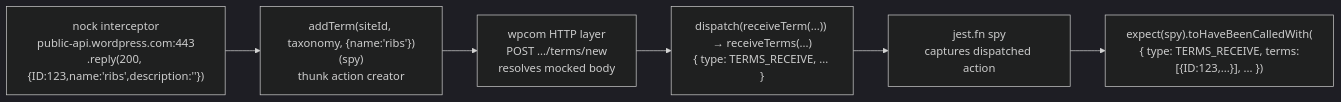
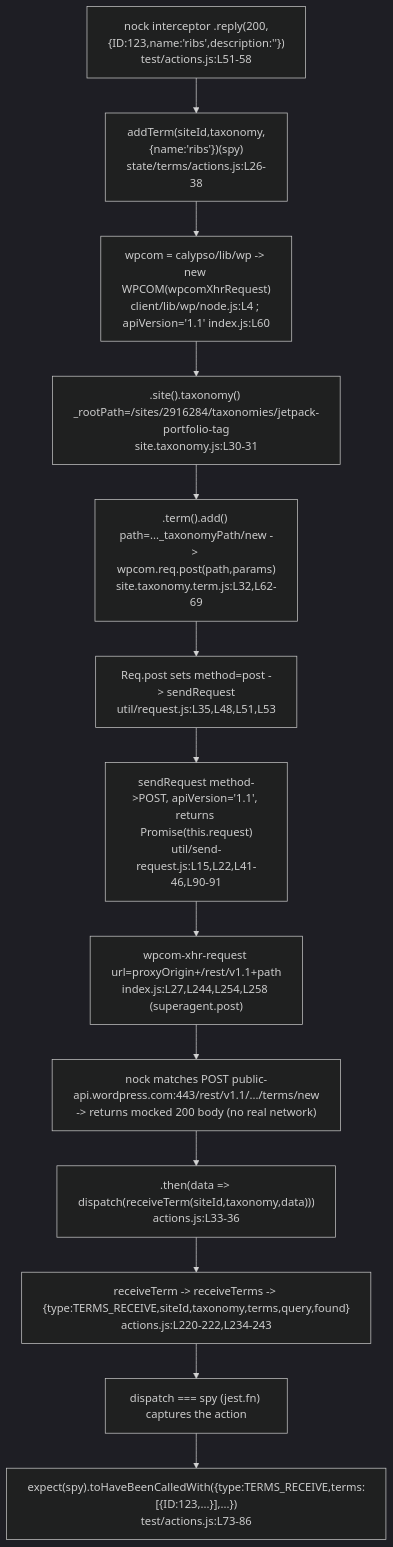
Before and after one commit to blitzy-research/wp-calypso: the diagram in blitzy/documentation/wp-calypso_be7e5cc64162.md, drawn with Mermaid (dark theme). The commit also changed other lines of this file and 1 other file, not shown here.

First line of the commit message:
docs(qna): remediate code-review findings in wp-calypso test-env answer doc

````diff
--- a/blitzy/documentation/wp-calypso_be7e5cc64162.md
+++ b/blitzy/documentation/wp-calypso_be7e5cc64162.md
@@ -619,8 +1300,15 @@
 ```mermaid
-flowchart LR
-    A["nock interceptor<br/>public-api.wordpress.com:443<br/>.reply(200, {ID:123,name:'ribs',description:''})"] --> B["addTerm(siteId, taxonomy, {name:'ribs'})(spy)<br/>thunk action creator"]
-    B --> C["wpcom HTTP layer<br/>POST .../terms/new<br/>resolves mocked body"]
-    C --> D["dispatch(receiveTerm(...)) → receiveTerms(...)<br/>{ type: TERMS_RECEIVE, ... }"]
-    D --> E["jest.fn spy<br/>captures dispatched action"]
-    E --> F["expect(spy).toHaveBeenCalledWith(<br/>{ type: TERMS_RECEIVE, terms:[{ID:123,...}], ... })"]
+flowchart TD
+    A["nock interceptor .reply(200,{ID:123,name:'ribs',description:''})<br/>test/actions.js:L51-58"] --> B["addTerm(siteId,taxonomy,{name:'ribs'})(spy)<br/>state/terms/actions.js:L26-38"]
+    B --> C["wpcom = calypso/lib/wp -> new WPCOM(wpcomXhrRequest)<br/>client/lib/wp/node.js:L4 ; apiVersion='1.1' index.js:L60"]
+    C --> D[".site().taxonomy() _rootPath=/sites/2916284/taxonomies/jetpack-portfolio-tag<br/>site.taxonomy.js:L30-31"]
+    D --> E[".term().add() path=..._taxonomyPath/new -> wpcom.req.post(path,params)<br/>site.taxonomy.term.js:L32,L62-69"]
+    E --> F["Req.post sets method=post -> sendRequest<br/>util/request.js:L35,L48,L51,L53"]
+    F --> G["sendRequest method->POST, apiVersion='1.1', returns Promise(this.request)<br/>util/send-request.js:L15,L22,L41-46,L90-91"]
+    G --> H["wpcom-xhr-request url=proxyOrigin+/rest/v1.1+path<br/>index.js:L27,L244,L254,L258 (superagent.post)"]
+    H --> I["nock matches POST public-api.wordpress.com:443/rest/v1.1/.../terms/new<br/>-> returns mocked 200 body (no real network)"]
+    I --> J[".then(data => dispatch(receiveTerm(siteId,taxonomy,data)))<br/>actions.js:L33-36"]
+    J --> K["receiveTerm -> receiveTerms -> {type:TERMS_RECEIVE,siteId,taxonomy,terms,query,found}<br/>actions.js:L220-222,L234-243"]
+    K --> L["dispatch === spy (jest.fn) captures the action"]
+    L --> M["expect(spy).toHaveBeenCalledWith({type:TERMS_RECEIVE,terms:[{ID:123,...}],...})<br/>test/actions.js:L73-86"]
 ```
````
